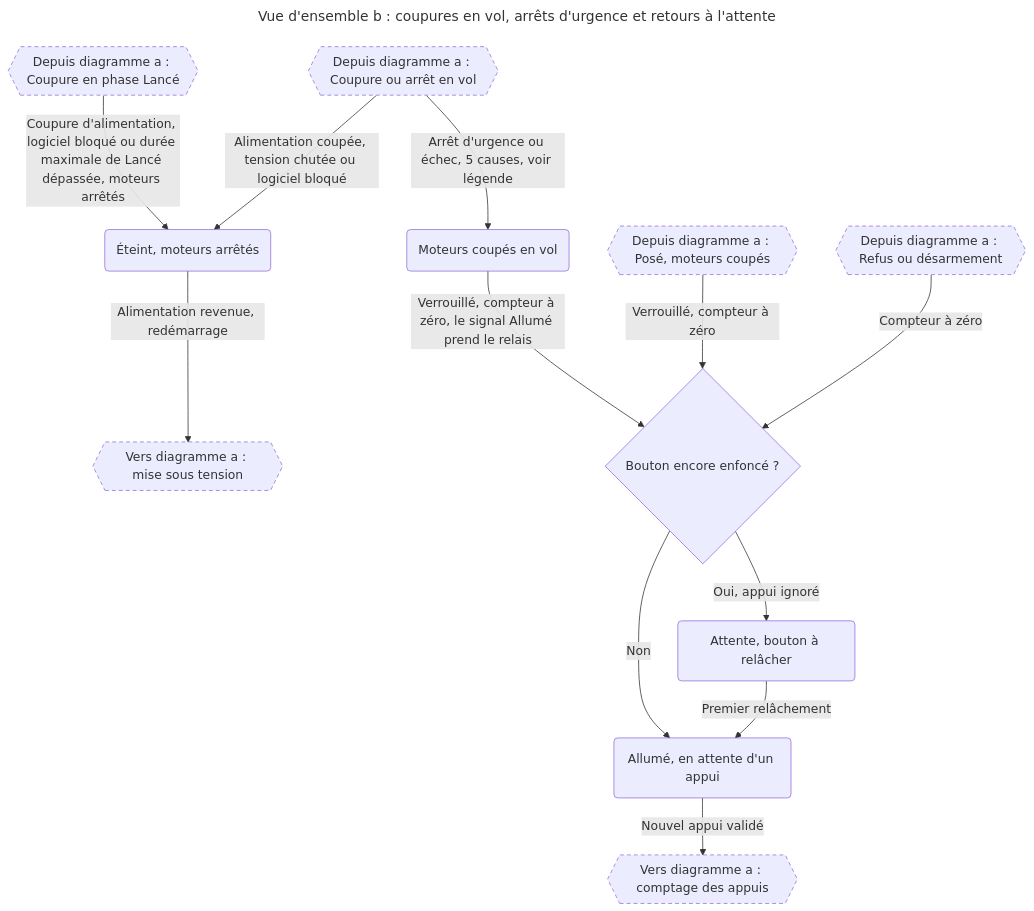
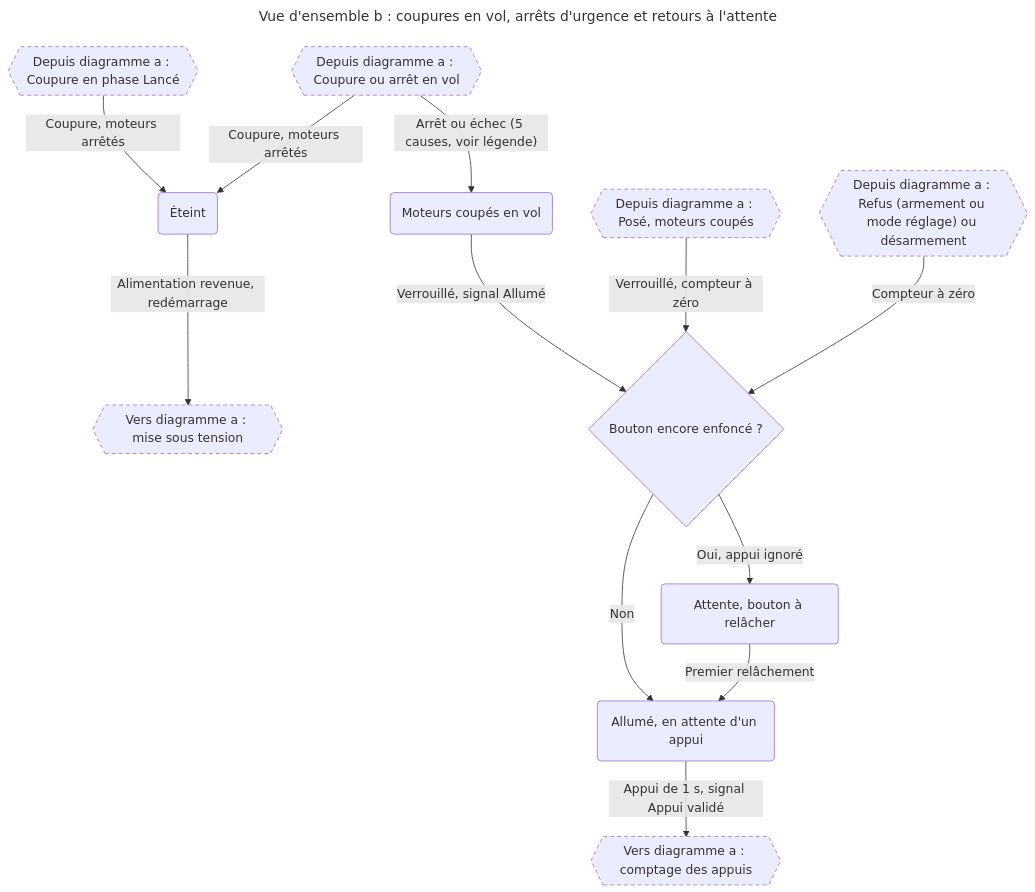
One commit to thourymatthieu-png/coworker_archi_system changed the third of 15 diagrams in projets/boomrone/00-scenarios.md. Above: the diagram before and after it, drawn with Mermaid. The commit also changed other lines of this file and 6 other files, not shown here.

````diff
--- a/projets/boomrone/00-scenarios.md
+++ b/projets/boomrone/00-scenarios.md
@@ -122,30 +143,30 @@
 ```mermaid
 ---
 title: "Vue d'ensemble b : coupures en vol, arrêts d'urgence et retours à l'attente"
 ---
 flowchart TD
     RAL{{"Depuis diagramme a : Coupure en phase Lancé"}}
     RAV{{"Depuis diagramme a : Coupure ou arrêt en vol"}}
     RAP{{"Depuis diagramme a : Posé, moteurs coupés"}}
-    RAR{{"Depuis diagramme a : Refus ou désarmement"}}
+    RAR{{"Depuis diagramme a : Refus (armement ou mode réglage) ou désarmement"}}
     Coupe("Moteurs coupés en vol")
-    Eteint("Éteint, moteurs arrêtés")
+    Eteint("Éteint")
     VersA{{"Vers diagramme a : mise sous tension"}}
     Dec{"Bouton encore enfoncé ?"}
     Attente("Allumé, en attente d'un appui")
     ARel("Attente, bouton à relâcher")
     VersA2{{"Vers diagramme a : comptage des appuis"}}
-    RAL -->|"Coupure d'alimentation, logiciel bloqué ou durée maximale de Lancé dépassée, moteurs arrêtés"| Eteint
-    RAV -->|"Arrêt d'urgence ou échec, 5 causes, voir légende"| Coupe
-    RAV -->|"Alimentation coupée, tension chutée ou logiciel bloqué"| Eteint
+    RAL -->|"Coupure, moteurs arrêtés"| Eteint
+    RAV -->|"Arrêt ou échec (5 causes, voir légende)"| Coupe
+    RAV -->|"Coupure, moteurs arrêtés"| Eteint
     Eteint -->|"Alimentation revenue, redémarrage"| VersA
-    Coupe -->|"Verrouillé, compteur à zéro, le signal Allumé prend le relais"| Dec
+    Coupe -->|"Verrouillé, signal Allumé"| Dec
     RAP -->|"Verrouillé, compteur à zéro"| Dec
     RAR -->|"Compteur à zéro"| Dec
     Dec -->|"Non"| Attente
     Dec -->|"Oui, appui ignoré"| ARel
     ARel -->|"Premier relâchement"| Attente
-    Attente -->|"Nouvel appui validé"| VersA2
+    Attente -->|"Appui de 1 s, signal Appui validé"| VersA2
     classDef renvoi stroke-dasharray: 5 4
     class RAL,RAV,RAP,RAR,VersA,VersA2 renvoi
 ```
````
